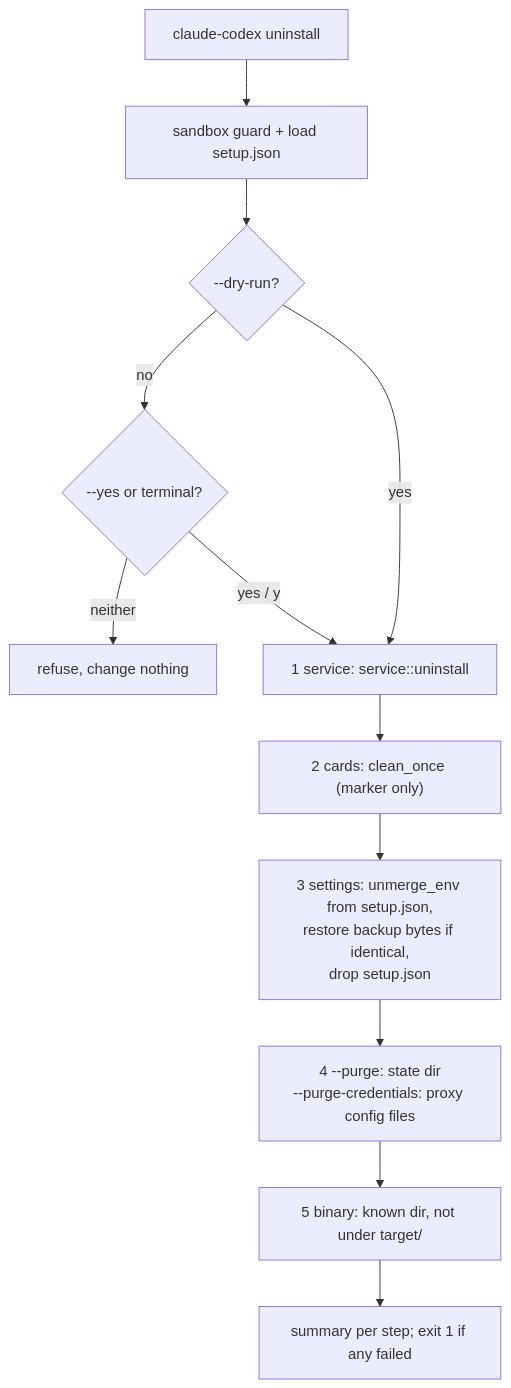
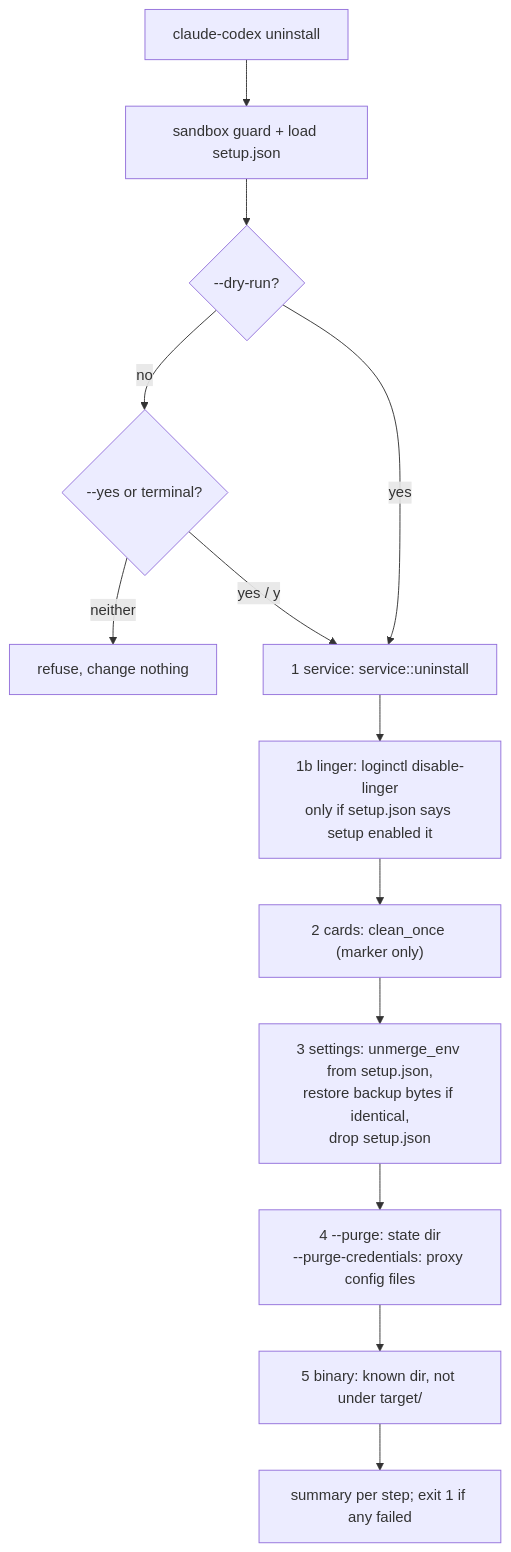
The seventh of 7 diagrams in ARCHITECTURE.md (josefl03/claude-codex), drawn with Mermaid before and after one commit. The commit also changed other lines of this file and 19 other files, not shown here.

````diff
--- a/ARCHITECTURE.md
+++ b/ARCHITECTURE.md
@@ -198,14 +207,15 @@
 ```mermaid
 flowchart TD
     U["claude-codex uninstall"] --> SB["sandbox guard + load setup.json"]
     SB --> CF{"--dry-run?"}
     CF -- no --> TTY{"--yes or terminal?"}
     TTY -- "neither" --> REF["refuse, change nothing"]
     TTY -- "yes / y" --> S1
     CF -- yes --> S1["1 service: service::uninstall"]
-    S1 --> S2["2 cards: clean_once (marker only)"]
+    S1 --> L1["1b linger: loginctl disable-linger<br/>only if setup.json says setup enabled it"]
+    L1 --> S2["2 cards: clean_once (marker only)"]
     S2 --> S3["3 settings: unmerge_env from setup.json,<br/>restore backup bytes if identical,<br/>drop setup.json"]
     S3 --> S4["4 --purge: state dir<br/>--purge-credentials: proxy config files"]
     S4 --> S5["5 binary: known dir, not under target/"]
     S5 --> SUM["summary per step; exit 1 if any failed"]
 ```
````
